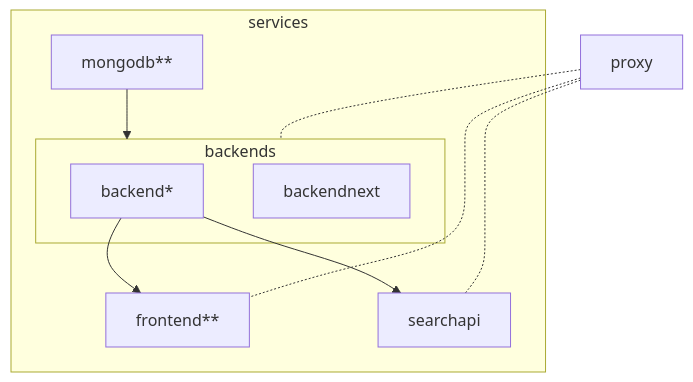
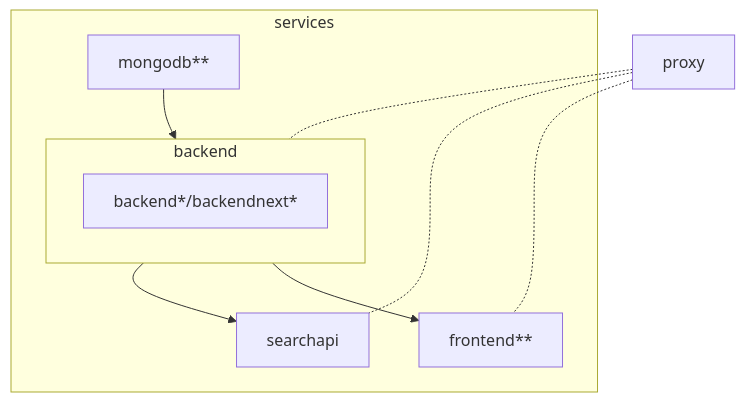
Before and after one commit to SciCatProject/scicatlive: the diagram in README.md, drawn with Mermaid. The commit also changed other lines of this file and 1 other file, not shown here.

````diff
--- a/README.md
+++ b/README.md
@@ -39,17 +35,15 @@
 ```mermaid
 graph TD
    subgraph services
-      subgraph backends
-         backend[backend*]
-         backendnext
+      subgraph backend
+         backends[backend*/backendnext*]
       end
-
-      mongodb[mongodb**] --> backends
+      mongodb[mongodb**] --> backend
       backend --> frontend[frontend**]
       backend --> searchapi
    end
 
-   proxy -.- backends
+   proxy -.- backend
    proxy -.- frontend
    proxy -.- searchapi
 ```
````
